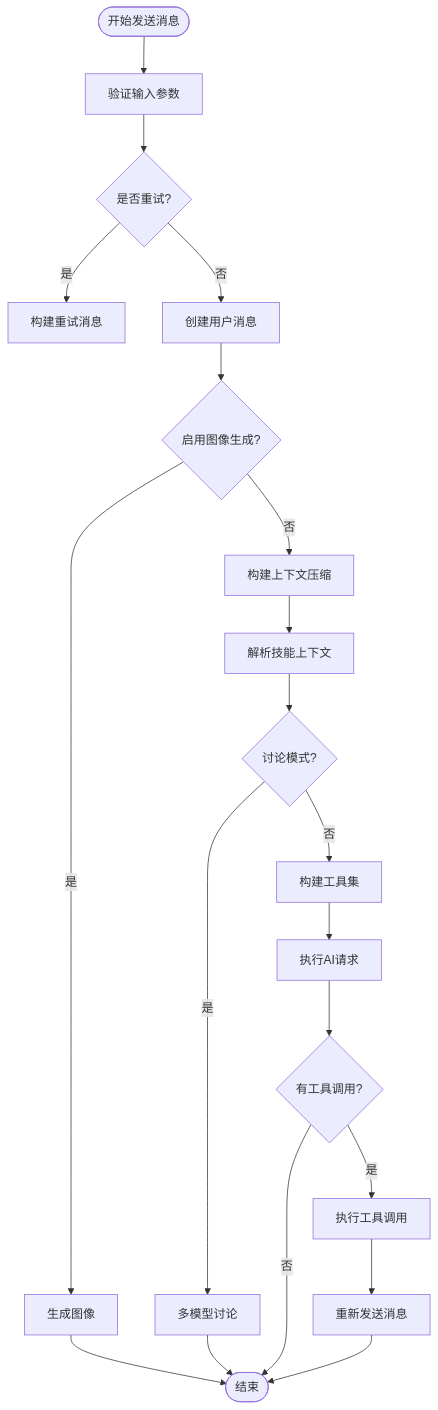
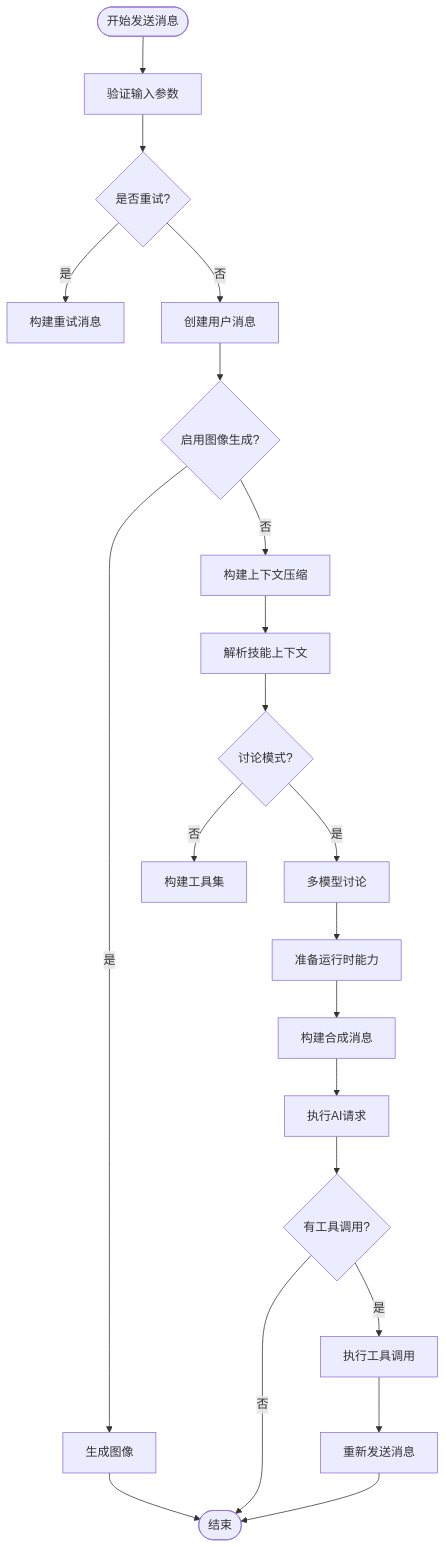
The fourth of 8 diagrams in .qoder/repowiki/zh/content/Ai Types Definitions/Ai Types Definitions.md (xixixiaoyu/Todo), drawn with Mermaid before and after one commit. The commit also changed other lines of this file and 6 other files, not shown here.

````diff
--- a/.qoder/repowiki/zh/content/Ai Types Definitions/Ai Types Definitions.md
+++ b/.qoder/repowiki/zh/content/Ai Types Definitions/Ai Types Definitions.md
@@ -219,22 +254,23 @@
 ```mermaid
 flowchart TD
 Start([开始发送消息]) --> ValidateInput["验证输入参数"]
 ValidateInput --> CheckRetry{"是否重试?"}
 CheckRetry --> |是| BuildRetryMessage["构建重试消息"]
 CheckRetry --> |否| CreateUserMessage["创建用户消息"]
 CreateUserMessage --> CheckImageGen{"启用图像生成?"}
 CheckImageGen --> |是| GenerateImage["生成图像"]
 CheckImageGen --> |否| BuildContext["构建上下文压缩"]
 GenerateImage --> End([结束])
 BuildContext --> ResolveSkills["解析技能上下文"]
 ResolveSkills --> CheckDiscussion{"讨论模式?"}
 CheckDiscussion --> |是| MultiModelDiscussion["多模型讨论"]
 CheckDiscussion --> |否| BuildTools["构建工具集"]
-MultiModelDiscussion --> End
-BuildTools --> ExecuteRequest["执行AI请求"]
+MultiModelDiscussion --> PrepareRuntime["准备运行时能力"]
+PrepareRuntime --> BuildSynthesis["构建合成消息"]
+BuildSynthesis --> ExecuteRequest["执行AI请求"]
 ExecuteRequest --> CheckToolCalls{"有工具调用?"}
 CheckToolCalls --> |是| ExecuteTools["执行工具调用"]
 CheckToolCalls --> |否| End
 ExecuteTools --> SendAgain["重新发送消息"]
 SendAgain --> End
 ```
````
